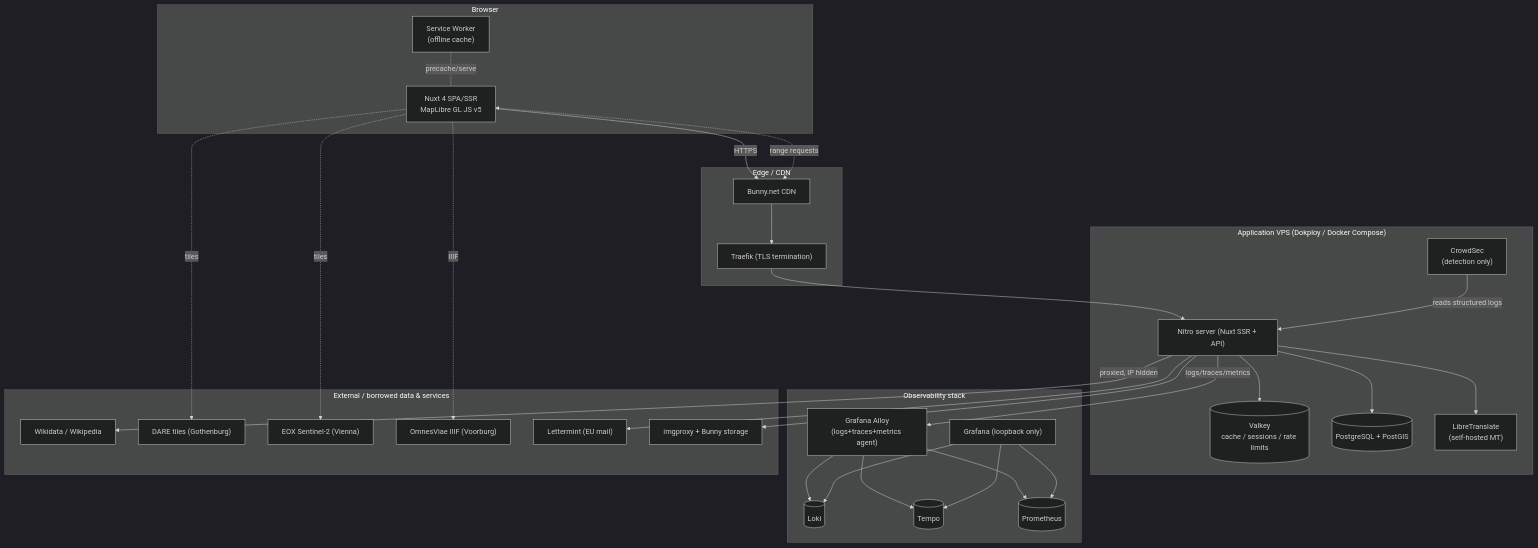
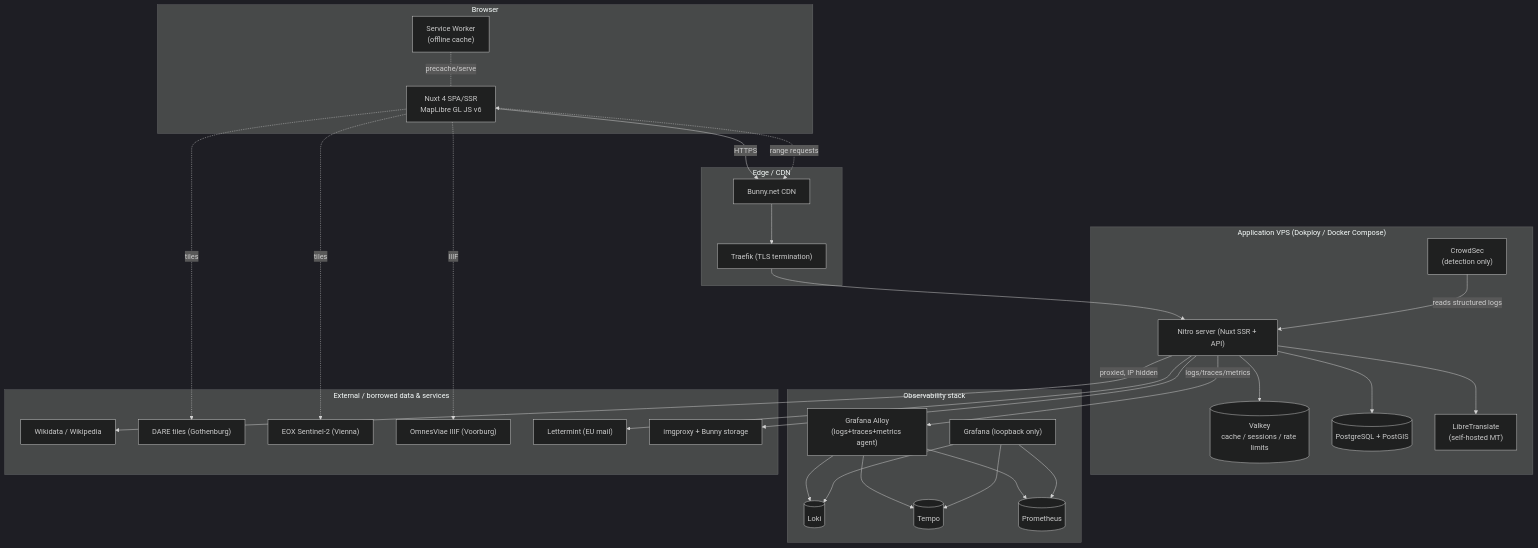
The first of 13 diagrams in documents/summary.md (Phyllon/vestigian), drawn with Mermaid (dark theme) before and after one commit. The commit also changed other lines of this file and 12 other files, not shown here.

````diff
--- a/documents/summary.md
+++ b/documents/summary.md
@@ -54,54 +54,54 @@
 ```mermaid
 flowchart TB
     subgraph Client["Browser"]
-        UI["Nuxt 4 SPA/SSR\nMapLibre GL JS v5"]
+        UI["Nuxt 4 SPA/SSR\nMapLibre GL JS v6"]
         SW["Service Worker\n(offline cache)"]
     end
 
     subgraph Edge["Edge / CDN"]
         Bunny["Bunny.net CDN"]
         Traefik["Traefik (TLS termination)"]
     end
 
     subgraph App["Application VPS (Dokploy / Docker Compose)"]
         Nitro["Nitro server (Nuxt SSR + API)"]
         Valkey[("Valkey\ncache / sessions / rate limits")]
         Postgres[("PostgreSQL + PostGIS")]
         LibreTranslate["LibreTranslate\n(self-hosted MT)"]
         CrowdSec["CrowdSec\n(detection only)"]
     end
 
     subgraph Observability["Observability stack"]
         Alloy["Grafana Alloy\n(logs+traces+metrics agent)"]
         Loki[("Loki")]
         Tempo[("Tempo")]
         Prometheus[("Prometheus")]
         Grafana["Grafana (loopback only)"]
     end
 
     subgraph External["External / borrowed data & services"]
         Wikidata["Wikidata / Wikipedia"]
         DARE["DARE tiles (Gothenburg)"]
         EOX["EOX Sentinel-2 (Vienna)"]
         Voorburg["OmnesViae IIIF (Voorburg)"]
         Lettermint["Lettermint (EU mail)"]
         ImgProxy["imgproxy + Bunny storage"]
     end
 
     UI -->|HTTPS| Bunny --> Traefik --> Nitro
     UI <-. range requests .-> Bunny
     SW -. precache/serve .- UI
     Nitro --> Postgres
     Nitro --> Valkey
     Nitro --> LibreTranslate
     Nitro -->|proxied, IP hidden| Wikidata
     Nitro --> ImgProxy
     UI -.tiles.-> DARE
     UI -.tiles.-> EOX
     UI -.IIIF.-> Voorburg
     Nitro --> Lettermint
     Nitro -->|logs/traces/metrics| Alloy
     CrowdSec -->|reads structured logs| Nitro
     Alloy --> Loki & Tempo & Prometheus
     Grafana --> Loki & Tempo & Prometheus
 ```
````
